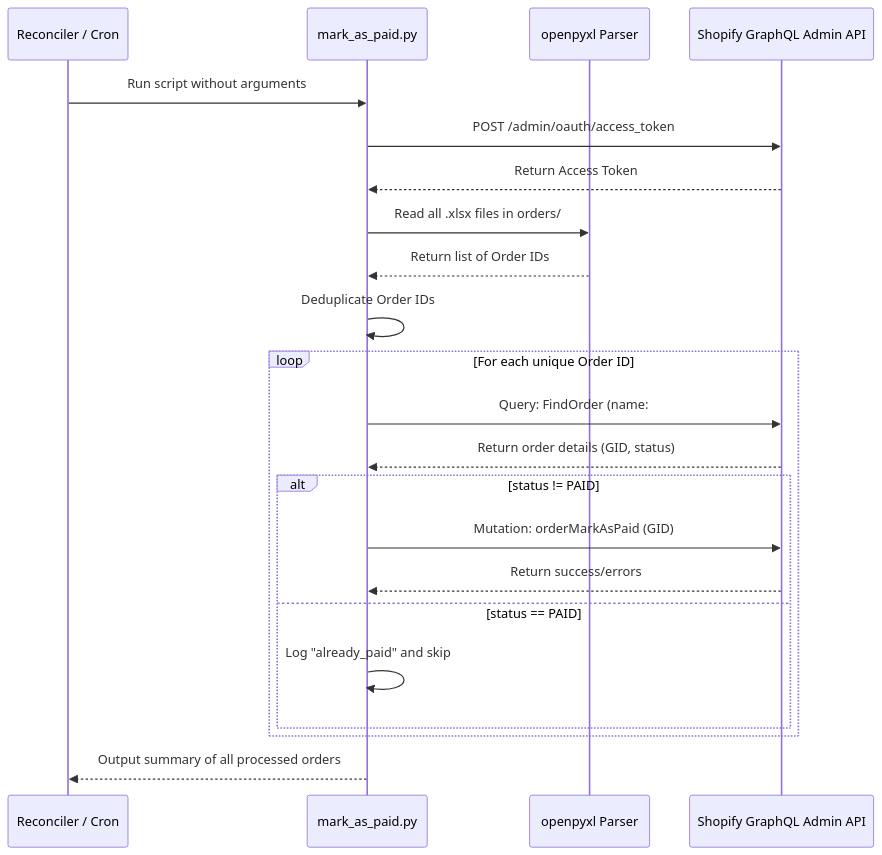
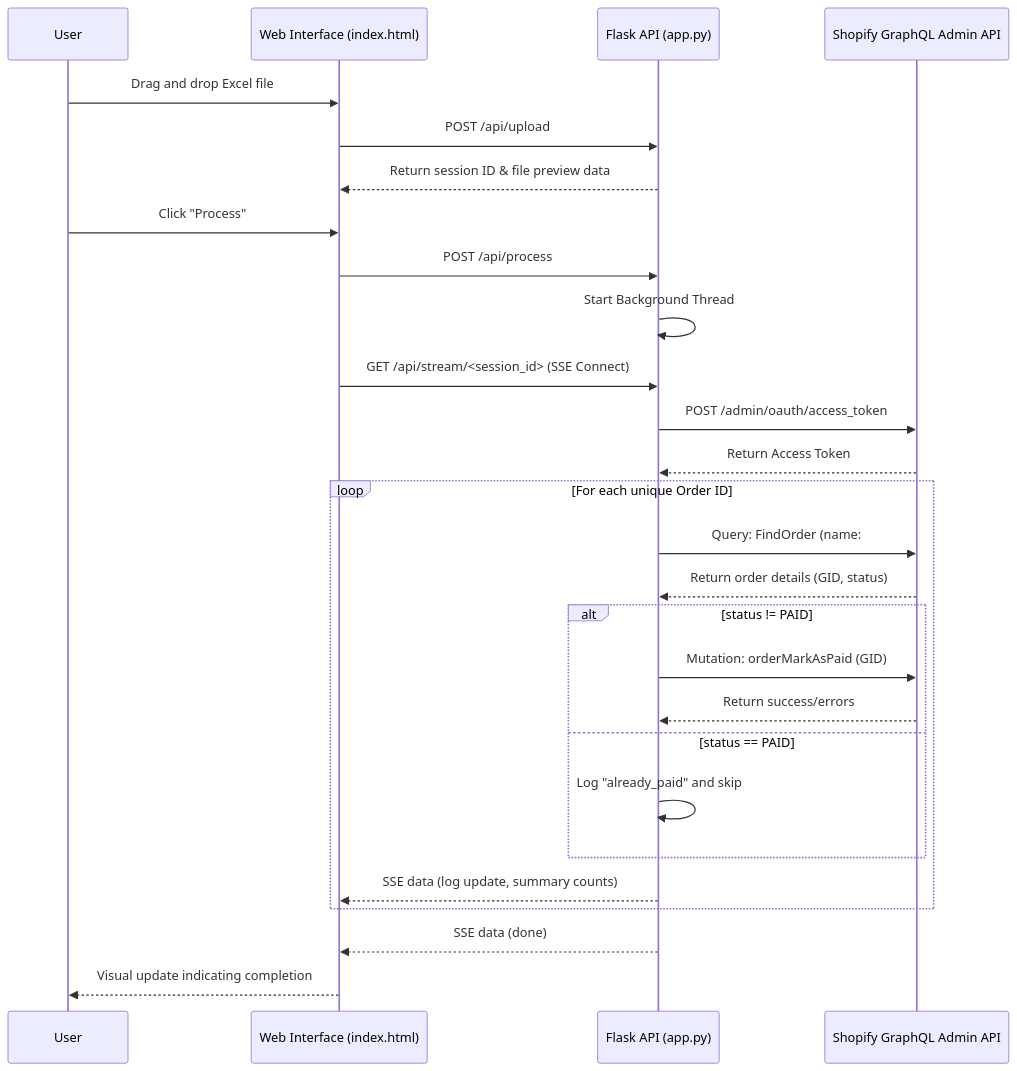
One commit to nirav-gajera/shopify-cod-payment-automation changed the diagram in docs/WORKFLOWS.md. Above: the diagram before and after it, drawn with Mermaid. The commit also changed 9 other files, not shown here.

First line of the commit message:
feat: introduce interactive web UI and Flask backend

````diff
--- a/docs/WORKFLOWS.md
+++ b/docs/WORKFLOWS.md
@@ -7,25 +7,30 @@
 ```mermaid
 sequenceDiagram
-    participant User as Reconciler / Cron
-    participant Script as mark_as_paid.py
-    participant Excel as openpyxl Parser
+    participant User as User
+    participant WebUI as Web Interface (index.html)
+    participant Flask as Flask API (app.py)
     participant Shopify as Shopify GraphQL Admin API
 
-    User->>Script: Run script without arguments
-    Script->>Shopify: POST /admin/oauth/access_token
-    Shopify-->>Script: Return Access Token
-    Script->>Excel: Read all .xlsx files in orders/
-    Excel-->>Script: Return list of Order IDs
-    Script->>Script: Deduplicate Order IDs
+    User->>WebUI: Drag and drop Excel file
+    WebUI->>Flask: POST /api/upload
+    Flask-->>WebUI: Return session ID & file preview data
+    User->>WebUI: Click "Process"
+    WebUI->>Flask: POST /api/process
+    Flask->>Flask: Start Background Thread
+    WebUI->>Flask: GET /api/stream/<session_id> (SSE Connect)
+    Flask->>Shopify: POST /admin/oauth/access_token
+    Shopify-->>Flask: Return Access Token
     loop For each unique Order ID
-        Script->>Shopify: Query: FindOrder (name:#ID)
-        Shopify-->>Script: Return order details (GID, status)
+        Flask->>Shopify: Query: FindOrder (name:#ID)
+        Shopify-->>Flask: Return order details (GID, status)
         alt status != PAID
-            Script->>Shopify: Mutation: orderMarkAsPaid (GID)
-            Shopify-->>Script: Return success/errors
+            Flask->>Shopify: Mutation: orderMarkAsPaid (GID)
+            Shopify-->>Flask: Return success/errors
         else status == PAID
-            Script->>Script: Log "already_paid" and skip
+            Flask->>Flask: Log "already_paid" and skip
         end
+        Flask-->>WebUI: SSE data (log update, summary counts)
     end
-    Script-->>User: Output summary of all processed orders
+    Flask-->>WebUI: SSE data (done)
+    WebUI-->>User: Visual update indicating completion
 ```
````
